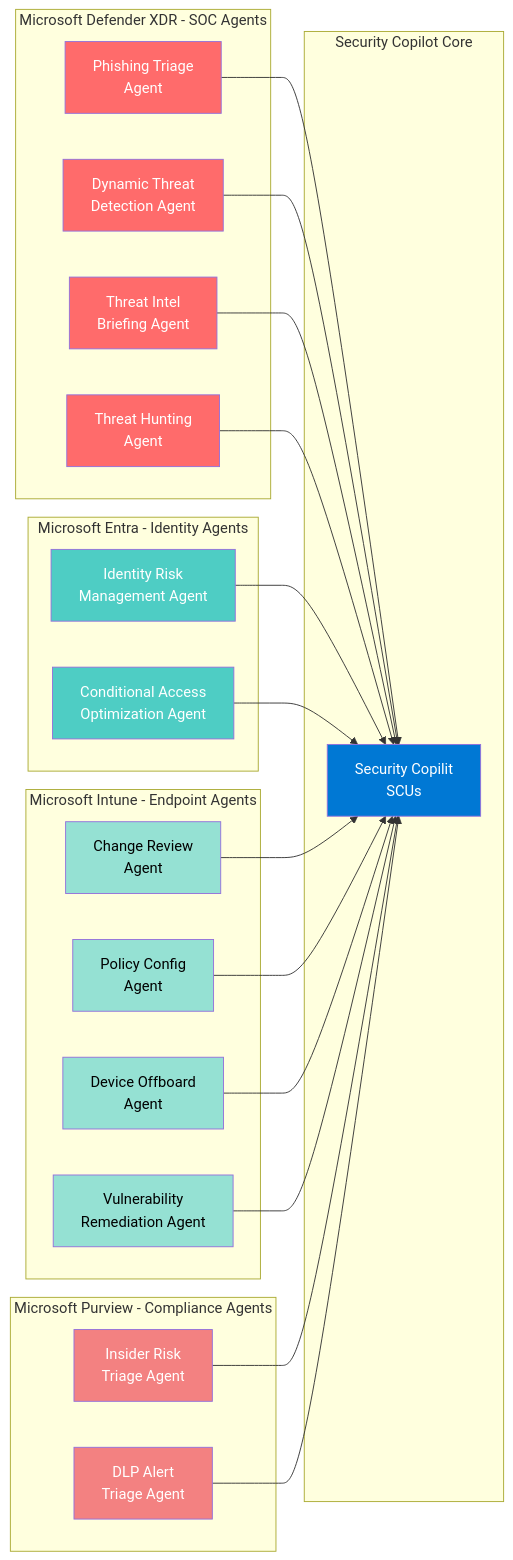
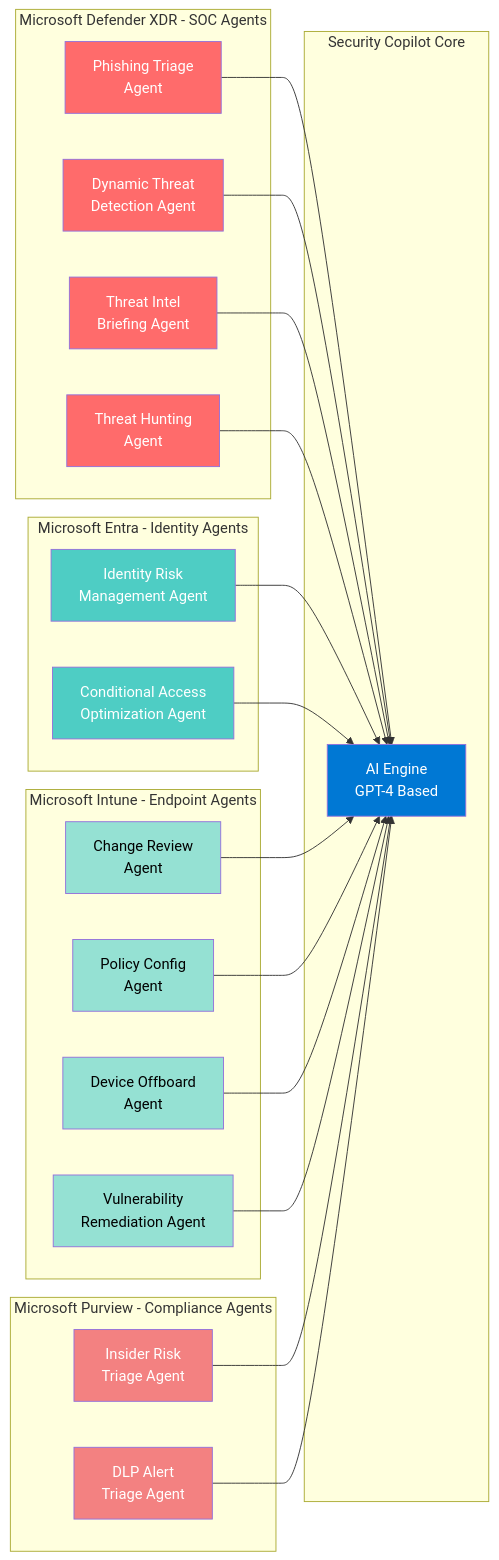
The third of 5 diagrams in Demo/dsfs1.md (RakeshPrasad21/Rakesh-Prasad), drawn with Mermaid before and after one commit. The commit also changed other lines of this file, not shown here.

````diff
--- a/Demo/dsfs1.md
+++ b/Demo/dsfs1.md
@@ -236,57 +236,57 @@
 ```mermaid
 graph LR
     subgraph "Microsoft Defender XDR - SOC Agents"
         D1[Phishing Triage<br/>Agent]
         D2[Dynamic Threat<br/>Detection Agent]
         D3[Threat Intel<br/>Briefing Agent]
         D4[Threat Hunting<br/>Agent]
     end
     
     subgraph "Microsoft Entra - Identity Agents"
         E1[Identity Risk<br/>Management Agent]
         E2[Conditional Access<br/>Optimization Agent]
     end
     
     subgraph "Microsoft Intune - Endpoint Agents"
         I1[Change Review<br/>Agent]
         I2[Policy Config<br/>Agent]
         I3[Device Offboard<br/>Agent]
         I4[Vulnerability<br/>Remediation Agent]
     end
     
     subgraph "Microsoft Purview - Compliance Agents"
         P1[Insider Risk<br/>Triage Agent]
         P2[DLP Alert<br/>Triage Agent]
     end
     
     subgraph "Security Copilot Core"
-        AI[Security Copilit<br/>SCUs]
+        AI[AI Engine<br/>GPT-4 Based]
     end
     
     D1 --> AI
     D2 --> AI
     D3 --> AI
     D4 --> AI
     E1 --> AI
     E2 --> AI
     I1 --> AI
     I2 --> AI
     I3 --> AI
     I4 --> AI
     P1 --> AI
     P2 --> AI
     
     style AI fill:#0078D4,color:#fff
     style D1 fill:#FF6B6B,color:#fff
     style D2 fill:#FF6B6B,color:#fff
     style D3 fill:#FF6B6B,color:#fff
     style D4 fill:#FF6B6B,color:#fff
     style E1 fill:#4ECDC4,color:#fff
     style E2 fill:#4ECDC4,color:#fff
     style I1 fill:#95E1D3,color:#000
     style I2 fill:#95E1D3,color:#000
     style I3 fill:#95E1D3,color:#000
     style I4 fill:#95E1D3,color:#000
     style P1 fill:#F38181,color:#fff
     style P2 fill:#F38181,color:#fff
 ```
````
